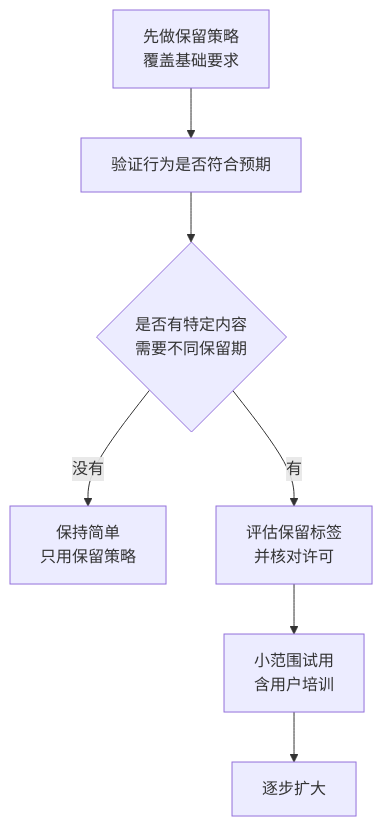
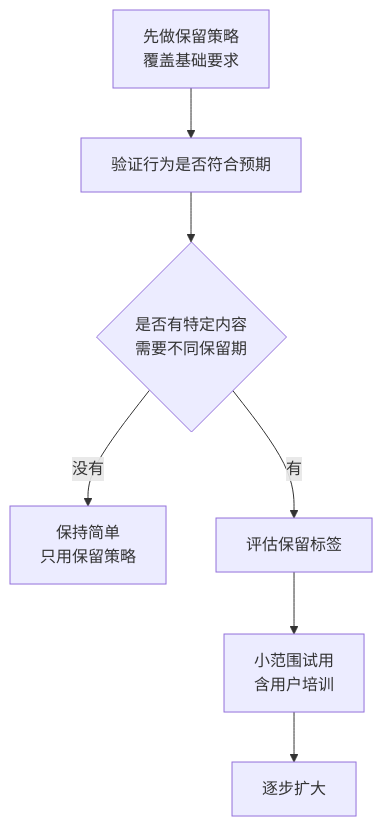
The second of 3 diagrams in Microsoft-365企业导入实施方案/05-安全合规与设备管理/03-保留策略与合规.md (zerioo1970/summary), drawn with Mermaid before and after one commit. The commit also changed other lines of this file and 28 other files, not shown here.

````diff
--- a/Microsoft-365企业导入实施方案/05-安全合规与设备管理/03-保留策略与合规.md
+++ b/Microsoft-365企业导入实施方案/05-安全合规与设备管理/03-保留策略与合规.md
@@ -90,9 +90,9 @@
 ```mermaid
 graph TD
     A[先做保留策略<br/>覆盖基础要求] --> B[验证行为是否符合预期]
     B --> C{是否有特定内容<br/>需要不同保留期}
     C -->|没有| D[保持简单<br/>只用保留策略]
-    C -->|有| E[评估保留标签<br/>并核对许可]
+    C -->|有| E[评估保留标签]
     E --> F[小范围试用<br/>含用户培训]
     F --> G[逐步扩大]
 ```
````
